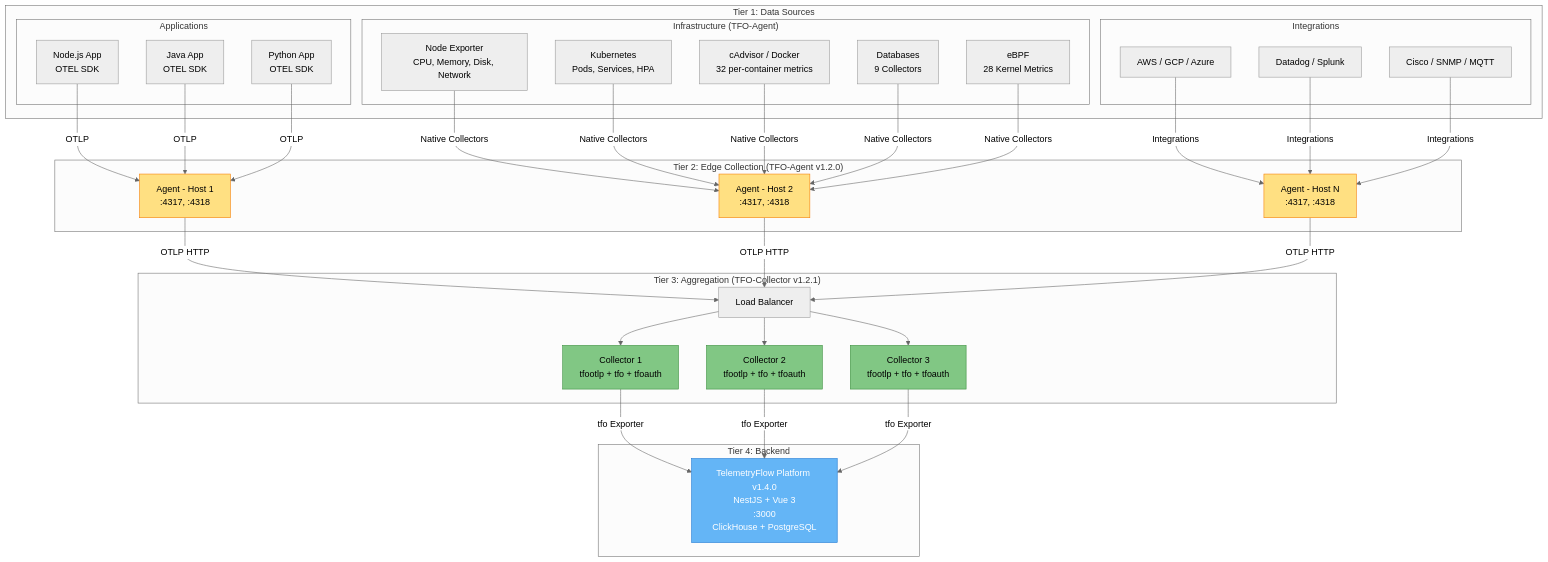
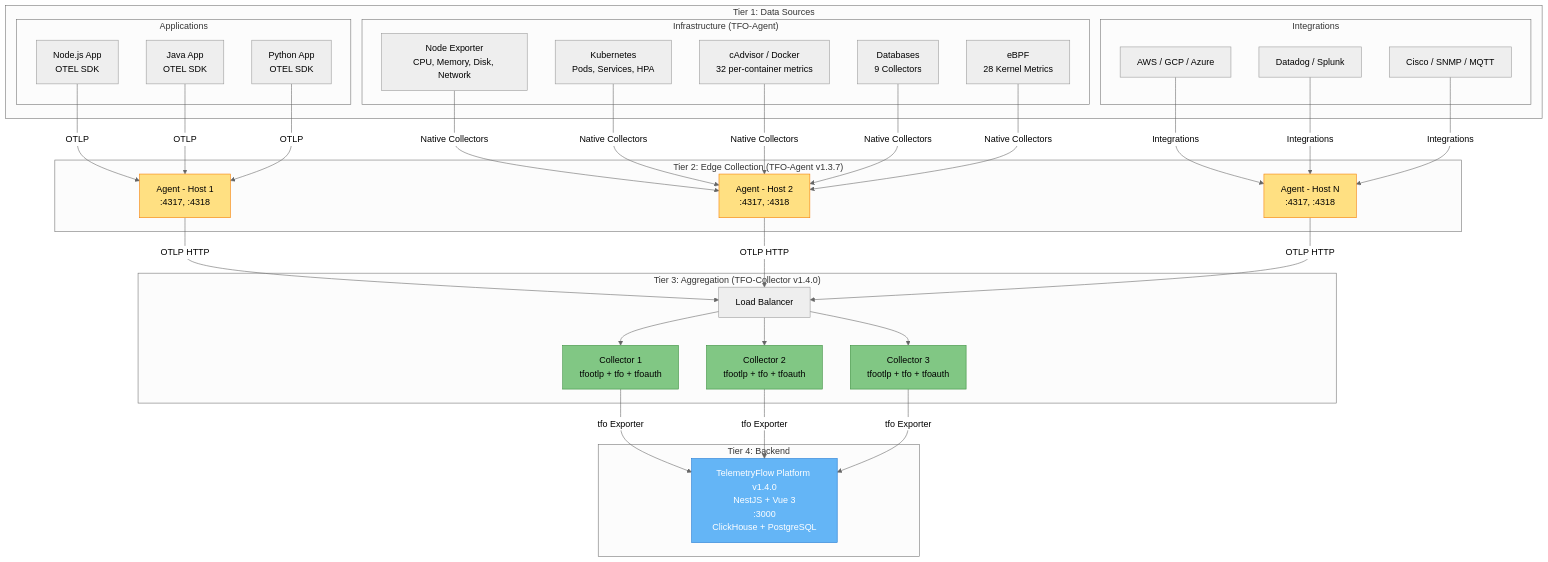
Before and after one commit to telemetryflow/telemetryflow-overview: the first of 12 diagrams in tfo-otel/ARCHITECTURE.md, drawn with Mermaid (neutral theme). The commit also changed other lines of this file and 11 other files, not shown here.

First line of the commit message:
docs: update component versions to latest (agent/collector/platform/OTel)

````diff
--- a/tfo-otel/ARCHITECTURE.md
+++ b/tfo-otel/ARCHITECTURE.md
@@ -40,60 +40,60 @@
 ```mermaid
 graph TB
     subgraph "Tier 1: Data Sources"
         subgraph "Applications"
             APP1[Node.js App<br/>OTEL SDK]
             APP2[Java App<br/>OTEL SDK]
             APP3[Python App<br/>OTEL SDK]
         end
 
         subgraph "Infrastructure (TFO-Agent)"
             NODE[Node Exporter<br/>CPU, Memory, Disk, Network]
             K8S[Kubernetes<br/>Pods, Services, HPA]
             CAD[cAdvisor / Docker<br/>32 per-container metrics]
             DB[Databases<br/>9 Collectors]
             EBPF[eBPF<br/>28 Kernel Metrics]
         end
 
         subgraph "Integrations"
             CLOUD[AWS / GCP / Azure]
             APM[Datadog / Splunk]
             NET[Cisco / SNMP / MQTT]
         end
     end
 
-    subgraph "Tier 2: Edge Collection (TFO-Agent v1.2.0)"
+    subgraph "Tier 2: Edge Collection (TFO-Agent v1.3.7)"
         AGENT1[Agent - Host 1<br/>:4317, :4318]
         AGENT2[Agent - Host 2<br/>:4317, :4318]
         AGENT3[Agent - Host N<br/>:4317, :4318]
     end
 
-    subgraph "Tier 3: Aggregation (TFO-Collector v1.2.1)"
+    subgraph "Tier 3: Aggregation (TFO-Collector v1.4.0)"
         LB[Load Balancer]
         COLL1[Collector 1<br/>tfootlp + tfo + tfoauth]
         COLL2[Collector 2<br/>tfootlp + tfo + tfoauth]
         COLL3[Collector 3<br/>tfootlp + tfo + tfoauth]
     end
 
     subgraph "Tier 4: Backend"
         TFO[TelemetryFlow Platform v1.4.0<br/>NestJS + Vue 3<br/>:3000<br/>ClickHouse + PostgreSQL]
     end
 
     APP1 & APP2 & APP3 -->|OTLP| AGENT1
     NODE & K8S & CAD & DB & EBPF -->|Native Collectors| AGENT2
     CLOUD & APM & NET -->|Integrations| AGENT3
 
     AGENT1 & AGENT2 & AGENT3 -->|OTLP HTTP| LB
     LB --> COLL1
     LB --> COLL2
     LB --> COLL3
 
     COLL1 & COLL2 & COLL3 -->|tfo Exporter| TFO
 
     style AGENT1 fill:#FFE082,stroke:#F57C00,color:#000
     style AGENT2 fill:#FFE082,stroke:#F57C00,color:#000
     style AGENT3 fill:#FFE082,stroke:#F57C00,color:#000
     style COLL1 fill:#81C784,stroke:#388E3C,color:#000
     style COLL2 fill:#81C784,stroke:#388E3C,color:#000
     style COLL3 fill:#81C784,stroke:#388E3C,color:#000
     style TFO fill:#64B5F6,stroke:#1976D2,color:#fff
 ```
````
